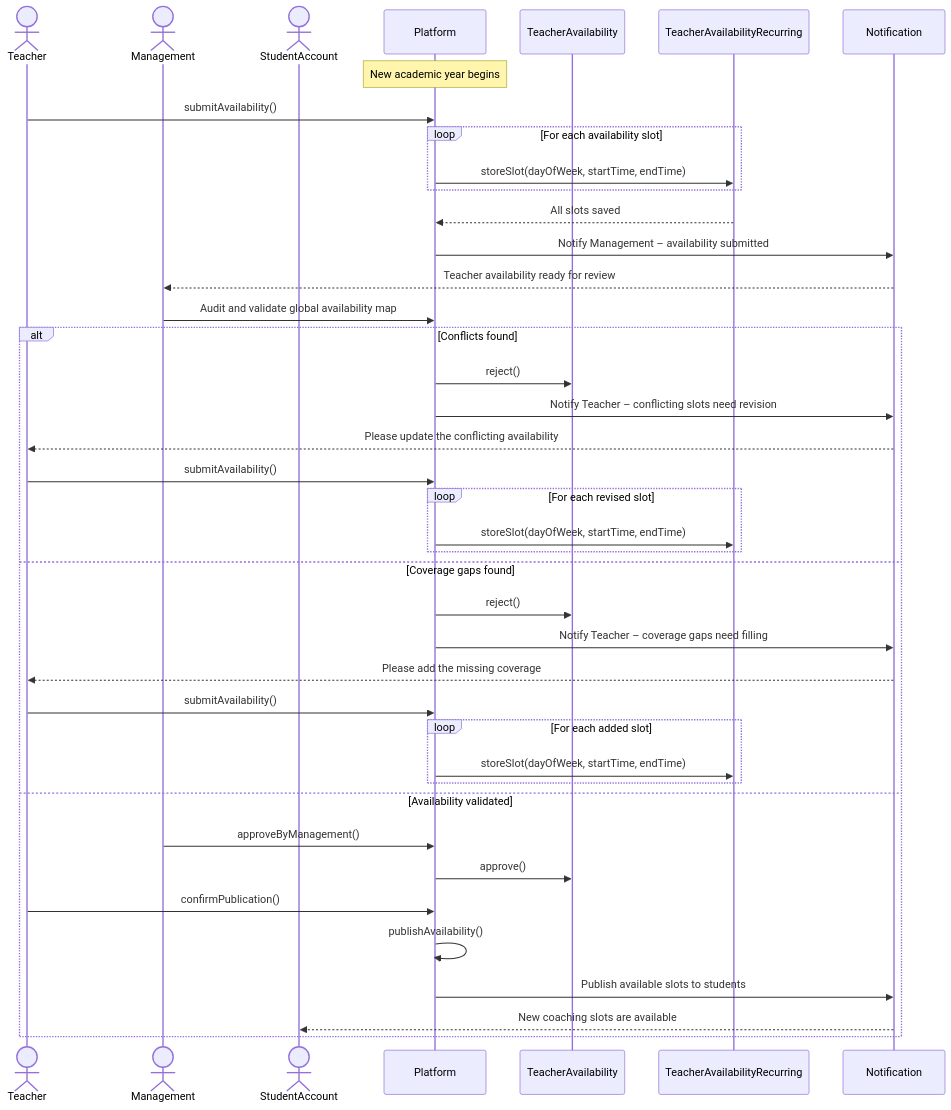
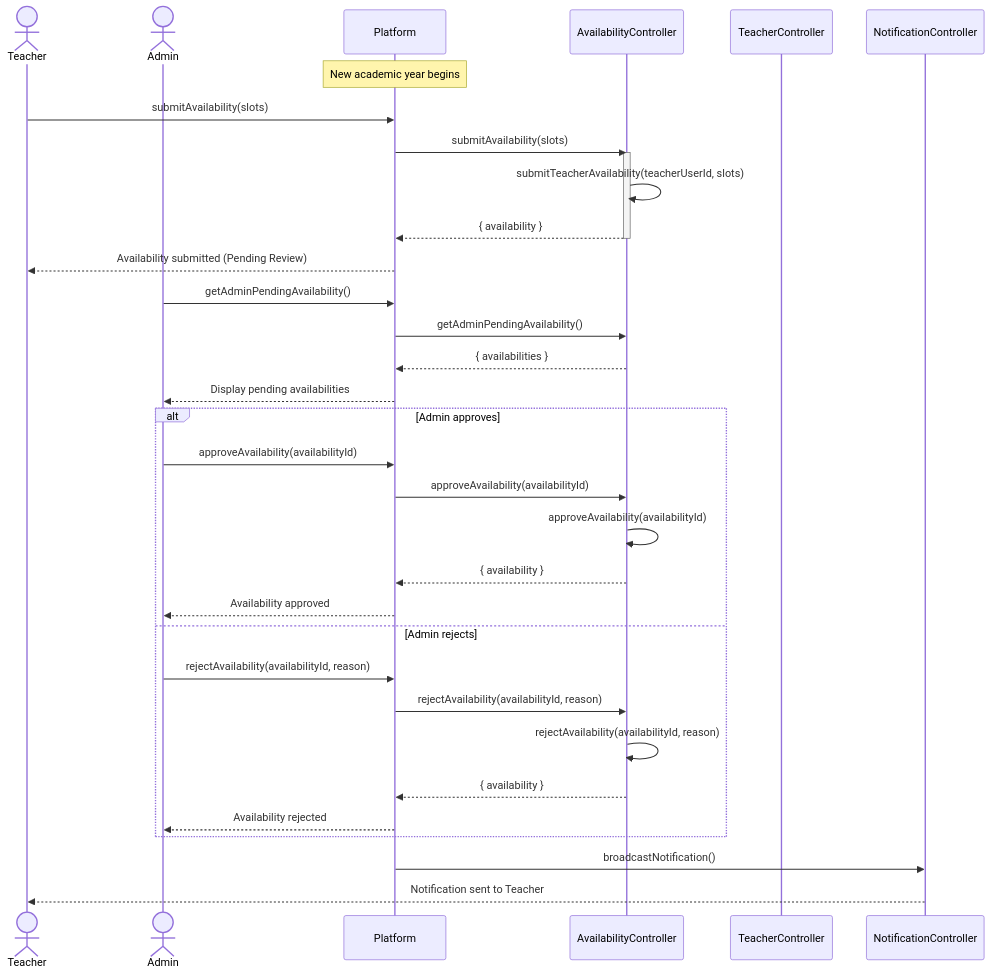
Before and after one commit to NovaLogic-Systems/gestArtes-docs: the seventh of 20 diagrams in diagrams/Sequence Diagram/sequencediagram.md, drawn with Mermaid. The commit also changed other lines of this file, not shown here.

Commit message:
Refactor sequence diagrams for user authentication, coaching session requests, and admin management

````diff
--- a/diagrams/Sequence Diagram/sequencediagram.md
+++ b/diagrams/Sequence Diagram/sequencediagram.md
@@ -209,44 +202,40 @@
 ```mermaid
 sequenceDiagram
     actor Teacher
-    actor Management
-    actor Student as StudentAccount
-    participant Platform
-    participant TeacherAvailability
-    participant TeacherAvailabilityRecurring
-    participant Notification
+    actor Admin
+    participant Platform as Platform
+    participant AvailabilityController as AvailabilityController
+    participant TeacherController as TeacherController
+    participant NotificationController as NotificationController
 
     Note over Platform: New academic year begins
-    Teacher->>Platform: submitAvailability()
-    loop For each availability slot
-        Platform->>TeacherAvailabilityRecurring: storeSlot(dayOfWeek, startTime, endTime)
+    Teacher->>Platform: submitAvailability(slots)
+    Platform->>AvailabilityController: submitAvailability(slots)
+    activate AvailabilityController
+    AvailabilityController->>AvailabilityController: submitTeacherAvailability(teacherUserId, slots)
+    AvailabilityController-->>Platform: { availability }
+    deactivate AvailabilityController
+    Platform-->>Teacher: Availability submitted (Pending Review)
+
+    Admin->>Platform: getAdminPendingAvailability()
+    Platform->>AvailabilityController: getAdminPendingAvailability()
+    AvailabilityController-->>Platform: { availabilities }
+    Platform-->>Admin: Display pending availabilities
+
+    alt Admin approves
+        Admin->>Platform: approveAvailability(availabilityId)
+        Platform->>AvailabilityController: approveAvailability(availabilityId)
+        AvailabilityController->>AvailabilityController: approveAvailability(availabilityId)
+        AvailabilityController-->>Platform: { availability }
+        Platform-->>Admin: Availability approved
+    else Admin rejects
+        Admin->>Platform: rejectAvailability(availabilityId, reason)
+        Platform->>AvailabilityController: rejectAvailability(availabilityId, reason)
+        AvailabilityController->>AvailabilityController: rejectAvailability(availabilityId, reason)
+        AvailabilityController-->>Platform: { availability }
+        Platform-->>Admin: Availability rejected
     end
-    TeacherAvailabilityRecurring-->>Platform: All slots saved
-    Platform->>Notification: Notify Management – availability submitted
-    Notification-->>Management: Teacher availability ready for review
-    Management->>Platform: Audit and validate global availability map
-    alt Conflicts found
-        Platform->>TeacherAvailability: reject()
-        Platform->>Notification: Notify Teacher – conflicting slots need revision
-        Notification-->>Teacher: Please update the conflicting availability
-        Teacher->>Platform: submitAvailability()
-        loop For each revised slot
-            Platform->>TeacherAvailabilityRecurring: storeSlot(dayOfWeek, startTime, endTime)
-        end
-    else Coverage gaps found
-        Platform->>TeacherAvailability: reject()
-        Platform->>Notification: Notify Teacher – coverage gaps need filling
-        Notification-->>Teacher: Please add the missing coverage
-        Teacher->>Platform: submitAvailability()
-        loop For each added slot
-            Platform->>TeacherAvailabilityRecurring: storeSlot(dayOfWeek, startTime, endTime)
-        end
-    else Availability validated
-        Management->>Platform: approveByManagement()
-        Platform->>TeacherAvailability: approve()
-        Teacher->>Platform: confirmPublication()
-        Platform->>Platform: publishAvailability()
-        Platform->>Notification: Publish available slots to students
-        Notification-->>Student: New coaching slots are available
-    end
+
+    Platform->>NotificationController: broadcastNotification()
+    NotificationController-->>Teacher: Notification sent to Teacher
 ```
````
